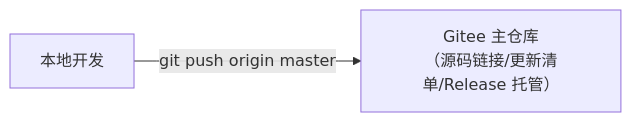
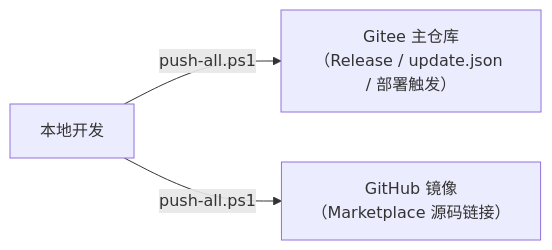
One commit to JayF211/mybatis-plus-sql-visualizer changed the third of 6 diagrams in docs/发行说明/Marketplace发布流程-说明文档.md. Above: the diagram before and after it, drawn with Mermaid. The commit also changed other lines of this file and 6 other files, not shown here.

First line of the commit message:
docs(release): 源码链接改填 GitHub 镜像——发布文档全链订正

````diff
--- a/docs/发行说明/Marketplace发布流程-说明文档.md
+++ b/docs/发行说明/Marketplace发布流程-说明文档.md
@@ -132,4 +147,5 @@
 ```mermaid
 flowchart LR
-    DEV["本地开发"] -->|"git push origin master"| GITEE["Gitee 主仓库<br/>（源码链接/更新清单/Release 托管）"]
+    DEV["本地开发"] -->|"push-all.ps1"| GITEE["Gitee 主仓库<br/>（Release / update.json / 部署触发）"]
+    DEV -->|"push-all.ps1"| GH["GitHub 镜像<br/>（Marketplace 源码链接）"]
 ```
````
